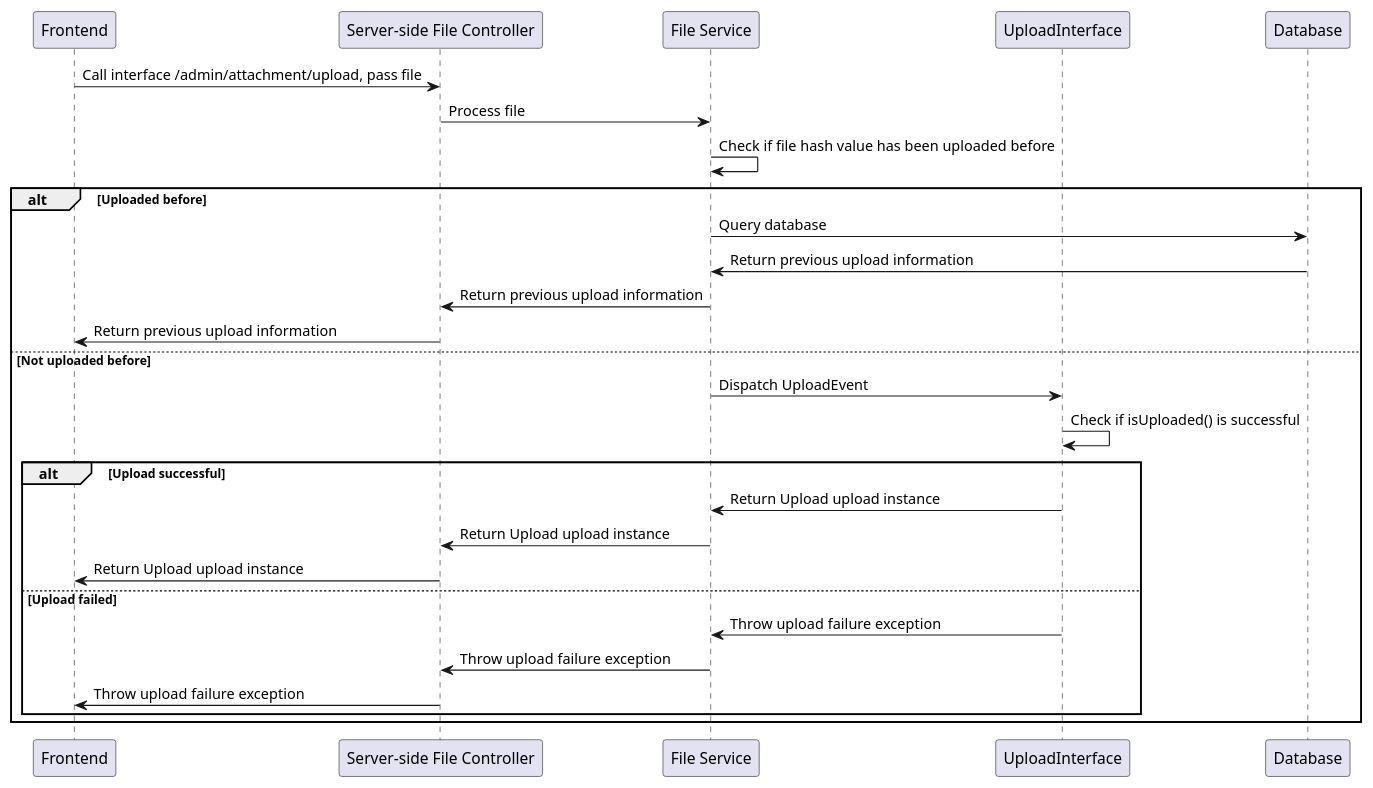
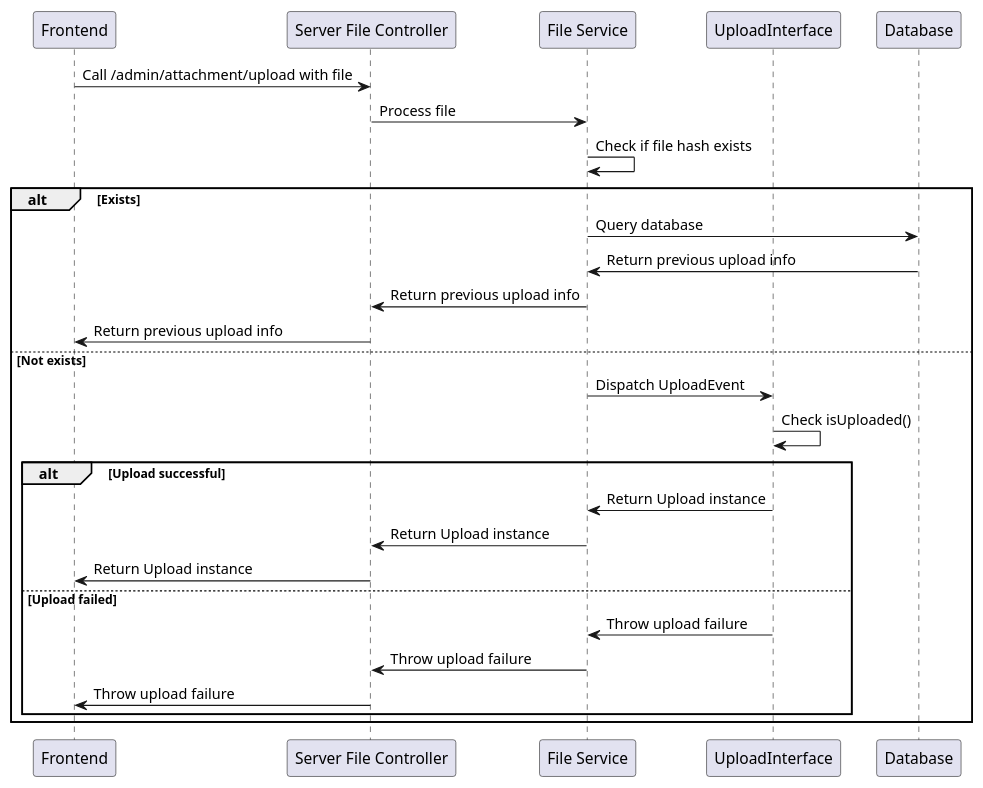
The second of 2 diagrams in docs/en/backend/base/upload.md (mineadmin/doc-v3), drawn with PlantUML before and after one commit. The commit also changed other lines of this file and 195 other files, not shown here.

````diff
--- a/docs/en/backend/base/upload.md
+++ b/docs/en/backend/base/upload.md
@@ -286,29 +282,29 @@
 ```plantuml
 participant "Frontend" as Frontend
-participant "Server-side File Controller" as Controller
+participant "Server File Controller" as Controller
 participant "File Service" as FileService
 participant "UploadInterface" as Uploader
 participant "Database" as Database
 
-Frontend -> Controller : Call interface /admin/attachment/upload, pass file
+Frontend -> Controller : Call /admin/attachment/upload with file
 Controller -> FileService : Process file
-FileService -> FileService : Check if file hash value has been uploaded before
-alt Uploaded before
+FileService -> FileService : Check if file hash exists
+alt Exists
     FileService -> Database : Query database
-    Database -> FileService : Return previous upload information
-    FileService -> Controller : Return previous upload information
-    Controller -> Frontend : Return previous upload information
-else Not uploaded before
+    Database -> FileService : Return previous upload info
+    FileService -> Controller : Return previous upload info
+    Controller -> Frontend : Return previous upload info
+else Not exists
     FileService -> Uploader : Dispatch UploadEvent
-    Uploader -> Uploader : Check if isUploaded() is successful
+    Uploader -> Uploader : Check isUploaded()
     alt Upload successful
-        Uploader -> FileService : Return Upload upload instance
-        FileService -> Controller : Return Upload upload instance
-        Controller -> Frontend : Return Upload upload instance
+        Uploader -> FileService : Return Upload instance
+        FileService -> Controller : Return Upload instance
+        Controller -> Frontend : Return Upload instance
     else Upload failed
-        Uploader -> FileService : Throw upload failure exception
-        FileService -> Controller : Throw upload failure exception
-        Controller -> Frontend : Throw upload failure exception
+        Uploader -> FileService : Throw upload failure
+        FileService -> Controller : Throw upload failure
+        Controller -> Frontend : Throw upload failure
     end
 end
 ```
````
